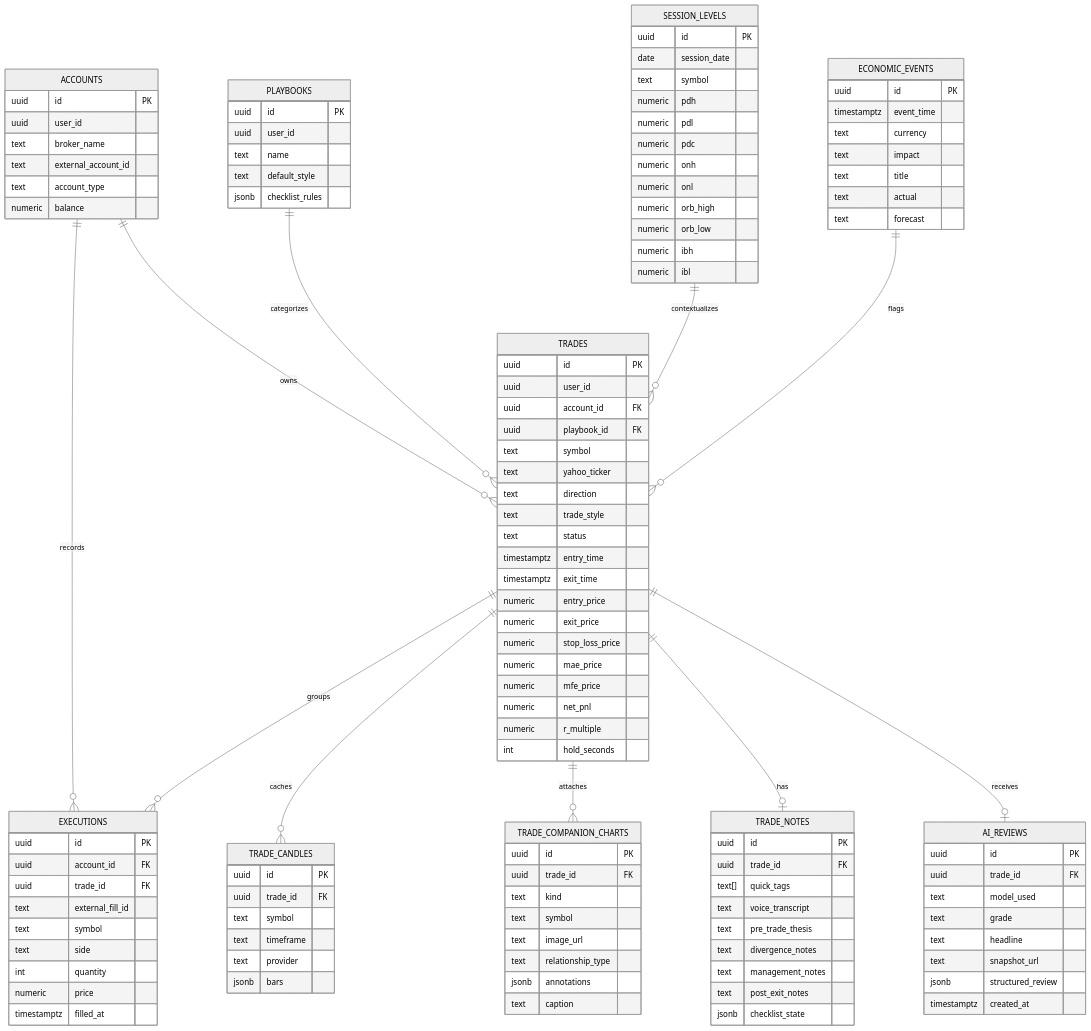
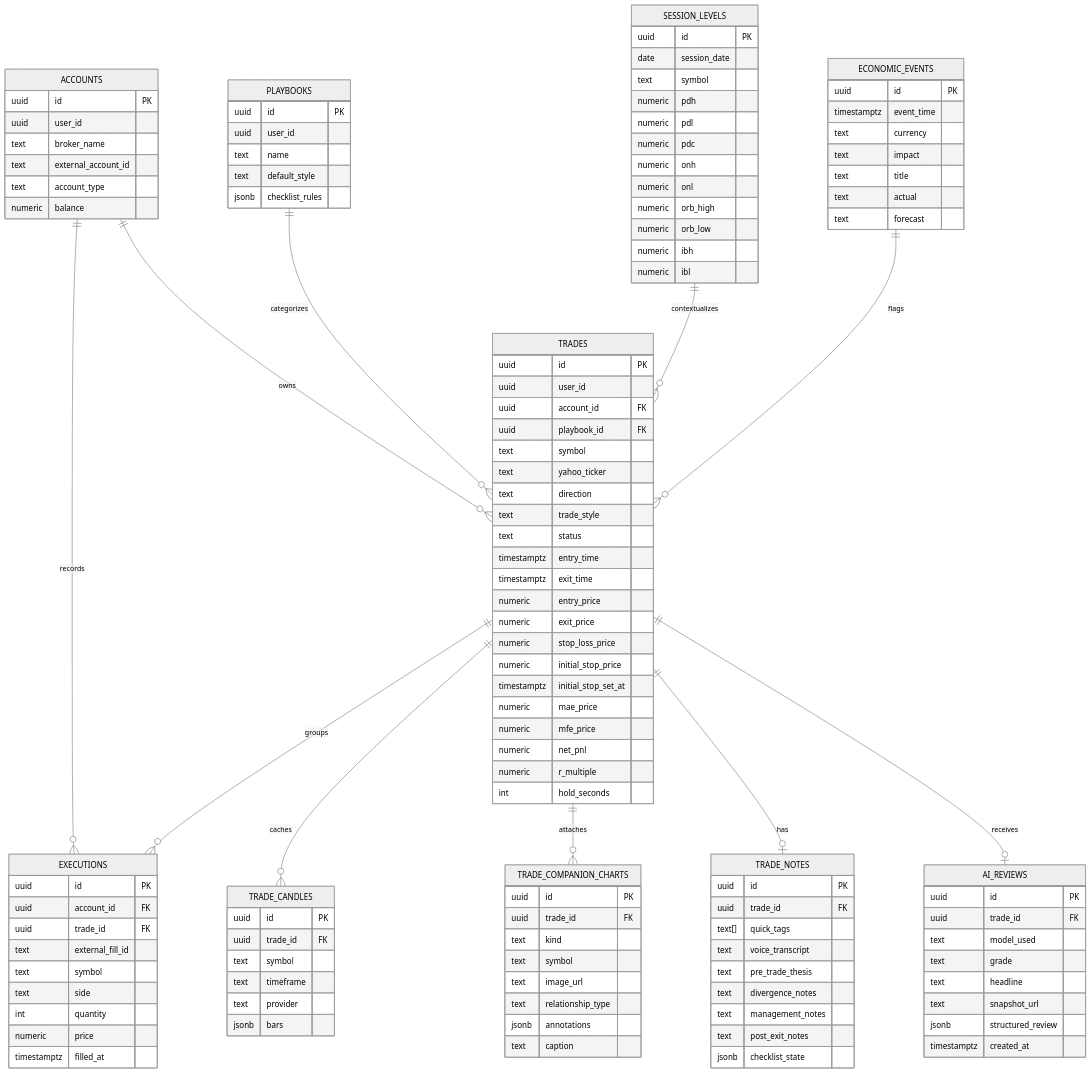
The diagram in docs/06-data-model-and-roadmap.md (wyrmspire/mogmine), drawn with Mermaid (neutral theme) before and after one commit. The commit also changed other lines of this file and 20 other files, not shown here.

```diff
--- a/docs/06-data-model-and-roadmap.md
+++ b/docs/06-data-model-and-roadmap.md
@@ -55,6 +55,8 @@
         numeric entry_price
         numeric exit_price
         numeric stop_loss_price
+        numeric initial_stop_price
+        timestamptz initial_stop_set_at
         numeric mae_price
         numeric mfe_price
         numeric net_pnl
```
